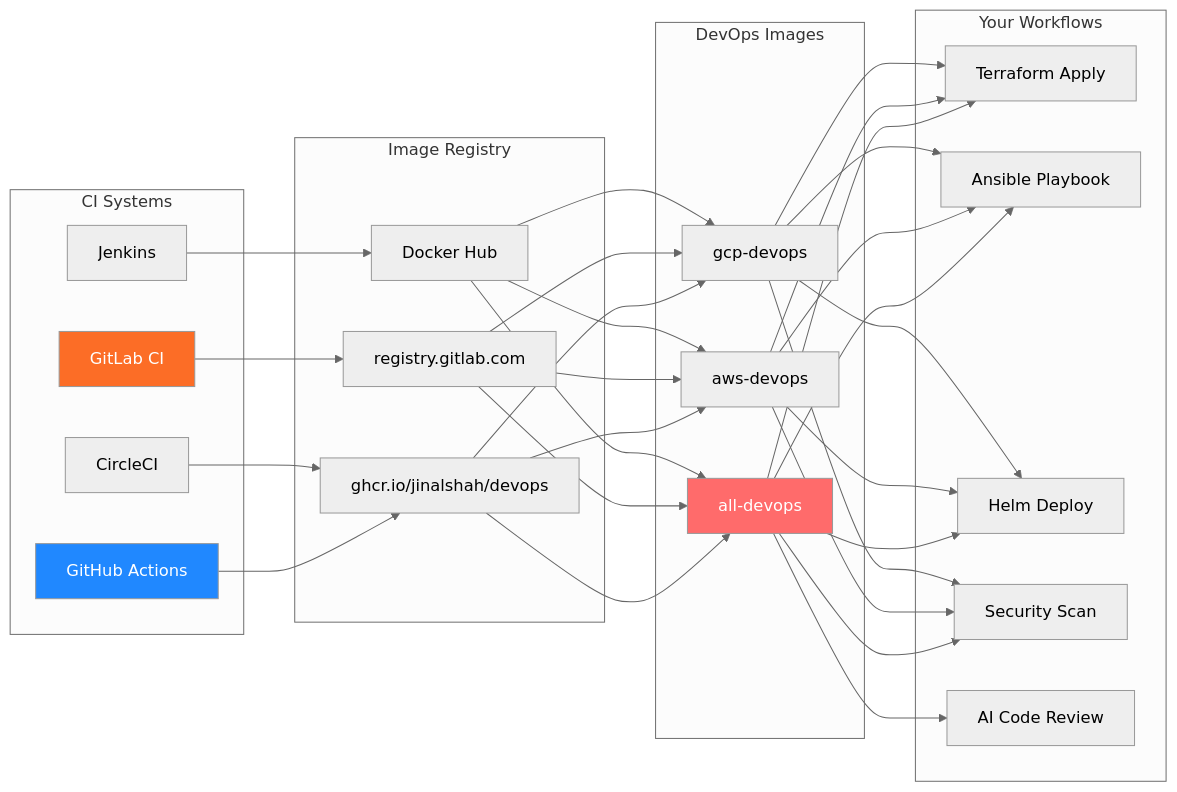
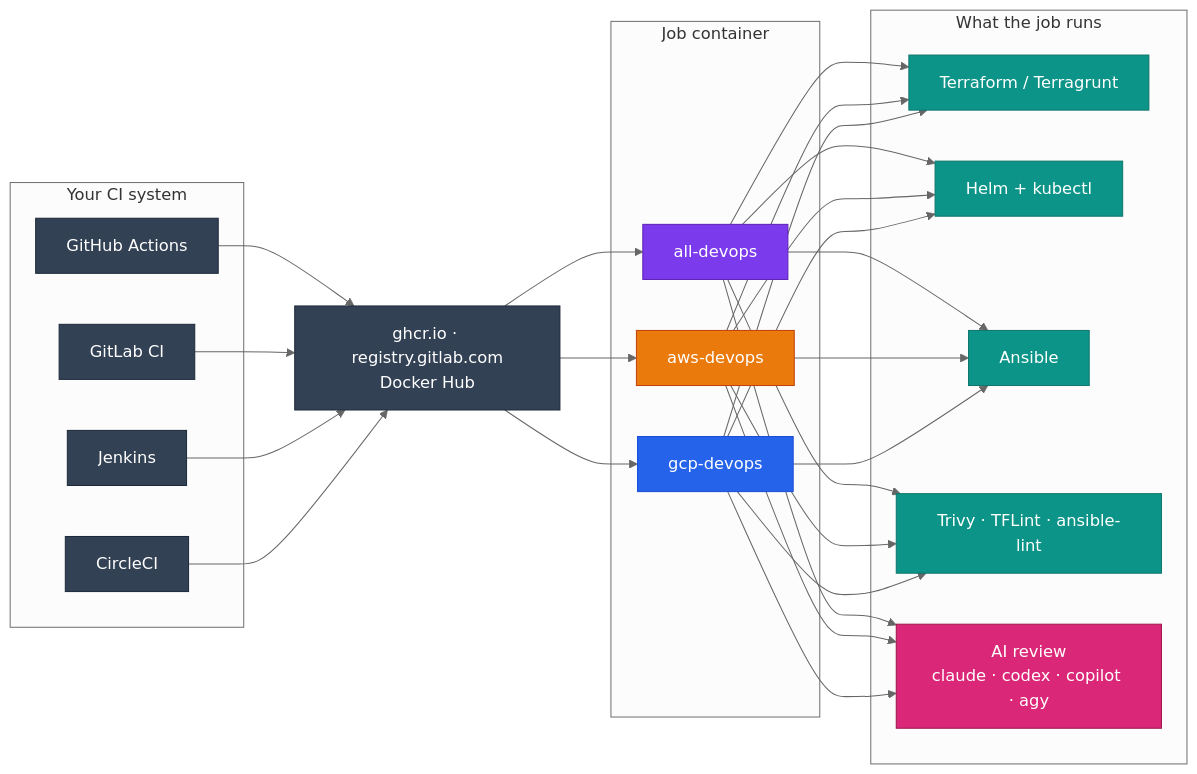
Before and after one commit to jinalshah/devops-images: the diagram in docs/workflows/index.md, drawn with Mermaid (neutral theme). The commit also changed other lines of this file and 11 other files, not shown here.

````diff
--- a/docs/workflows/index.md
+++ b/docs/workflows/index.md
@@ -11,46 +7,38 @@
 ```mermaid
-graph LR
-    subgraph "CI Systems"
-        GHA[GitHub Actions]
-        GLC[GitLab CI]
-        JNK[Jenkins]
-        CCI[CircleCI]
-    end
+flowchart LR
+  subgraph CI["Your CI system"]
+    GHA["GitHub Actions"]
+    GLC["GitLab CI"]
+    JNK["Jenkins"]
+    CCI["CircleCI"]
+  end
+  REG["ghcr.io · registry.gitlab.com<br/>Docker Hub"]
+  subgraph IMG["Job container"]
+    ALL["all-devops"]
+    AWS["aws-devops"]
+    GCP["gcp-devops"]
+  end
+  subgraph JOBS["What the job runs"]
+    TF["Terraform / Terragrunt"]
+    K8S["Helm + kubectl"]
+    ANS["Ansible"]
+    SEC["Trivy · TFLint · ansible-lint"]
+    AI["AI review<br/>claude · codex · copilot · agy"]
+  end
+  GHA & GLC & JNK & CCI --> REG
+  REG --> ALL & AWS & GCP
+  ALL & AWS & GCP --> TF & K8S & ANS & SEC & AI
 
-    subgraph "Image Registry"
-        GHCR[ghcr.io/jinalshah/devops]
-        GLREG[registry.gitlab.com]
-        DH[Docker Hub]
-    end
-
-    subgraph "DevOps Images"
-        ALL[all-devops]
-        AWS[aws-devops]
-        GCP[gcp-devops]
-    end
-
-    subgraph "Your Workflows"
-        TF[Terraform Apply]
-        AN[Ansible Playbook]
-        HL[Helm Deploy]
-        SC[Security Scan]
-        AI[AI Code Review]
-    end
-
-    GHA --> GHCR
-    GLC --> GLREG
-    JNK --> DH
-    CCI --> GHCR
-
-    GHCR --> ALL & AWS & GCP
-    GLREG --> ALL & AWS & GCP
-    DH --> ALL & AWS & GCP
-
-    ALL --> TF & AN & HL & SC & AI
-    AWS --> TF & AN & HL & SC
-    GCP --> TF & AN & HL & SC
-
-    style GHA fill:#2088FF,color:#fff
-    style GLC fill:#FC6D26,color:#fff
-    style ALL fill:#FF6B6B,color:#fff
+  classDef all fill:#7c3aed,stroke:#5b21b6,color:#fff
+  classDef aws fill:#ea7a0c,stroke:#c2410c,color:#fff
+  classDef gcp fill:#2563eb,stroke:#1d4ed8,color:#fff
+  classDef base fill:#0d9488,stroke:#0f766e,color:#fff
+  classDef ai fill:#db2777,stroke:#9d174d,color:#fff
+  classDef neutral fill:#334155,stroke:#1e293b,color:#fff
+  class GHA,GLC,JNK,CCI,REG neutral
+  class ALL all
+  class AWS aws
+  class GCP gcp
+  class TF,K8S,ANS,SEC base
+  class AI ai
 ```
````
